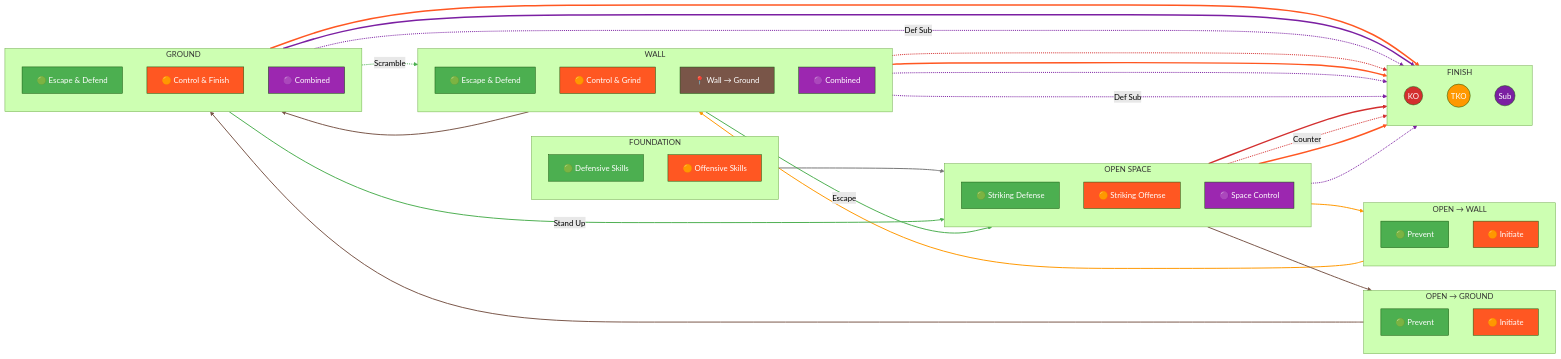
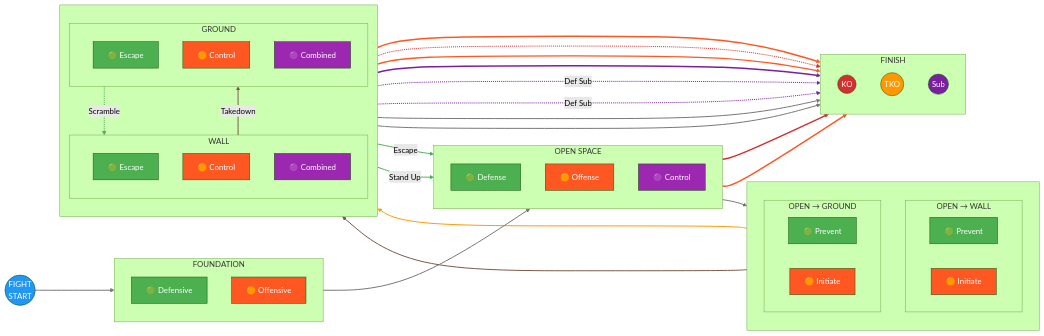
One commit to ACalienes/Ecological-MMA-Game-System changed the diagram in docs/system/map.md. Above: the diagram before and after it, drawn with Mermaid (forest theme).

Commit message:
Improve diagram layout for left-to-right flow
- Add explicit FIGHT START node
- Group transitions (OPEN→WALL, OPEN→GROUND) together
- Group positions (WALL, GROUND) together
- Use wrapper subgraphs to encourage column layout
- Simplify Wall section (remove separate Wall→Ground node)
- Update link styling indices for new structure

Intended layout: START → FOUNDATION → OPEN SPACE → TRANSITIONS → POSITIONS → FINISH

````diff
--- a/docs/system/map.md
+++ b/docs/system/map.md
@@ -11,52 +11,52 @@
 ```mermaid
 flowchart LR
-    %% Foundation
+    %% === COLUMN 1: START ===
+    START((FIGHT<br>START))
+
+    %% === COLUMN 2: FOUNDATION ===
     subgraph FOUNDATION["FOUNDATION"]
         direction TB
-        SK_D["🟢 Defensive Skills"]
-        SK_O["🟠 Offensive Skills"]
+        SK_D["🟢 Defensive"]
+        SK_O["🟠 Offensive"]
     end
 
-    %% Open Space (Striking)
+    %% === COLUMN 3: OPEN SPACE ===
     subgraph OPEN["OPEN SPACE"]
         direction TB
-        OS_D["🟢 Striking Defense"]
-        OS_O["🟠 Striking Offense"]
-        OS_C["🟣 Space Control"]
+        OS_D["🟢 Defense"]
+        OS_O["🟠 Offense"]
+        OS_C["🟣 Control"]
     end
 
-    %% Transitions to Wall
-    subgraph TO_WALL["OPEN → WALL"]
+    %% === COLUMN 4: TRANSITIONS (stacked) ===
+    subgraph TRANSITIONS[" "]
         direction TB
-        TW_D["🟢 Prevent"]
-        TW_O["🟠 Initiate"]
+        subgraph TO_WALL["OPEN → WALL"]
+            TW_D["🟢 Prevent"]
+            TW_O["🟠 Initiate"]
+        end
+        subgraph TO_GROUND["OPEN → GROUND"]
+            TG_D["🟢 Prevent"]
+            TG_O["🟠 Initiate"]
+        end
     end
 
-    %% Transitions to Ground
-    subgraph TO_GROUND["OPEN → GROUND"]
+    %% === COLUMN 5: POSITIONS (stacked) ===
+    subgraph POSITIONS[" "]
         direction TB
-        TG_D["🟢 Prevent"]
-        TG_O["🟠 Initiate"]
+        subgraph WALL["WALL"]
+            W_D["🟢 Escape"]
+            W_O["🟠 Control"]
+            W_C["🟣 Combined"]
+        end
+        subgraph GROUND["GROUND"]
+            G_D["🟢 Escape"]
+            G_O["🟠 Control"]
+            G_C["🟣 Combined"]
+        end
     end
 
-    %% Wall
-    subgraph WALL["WALL"]
-        direction TB
-        W_D["🟢 Escape & Defend"]
-        W_O["🟠 Control & Grind"]
-        W_TG["📍 Wall → Ground"]
-        W_C["🟣 Combined"]
-    end
-
-    %% Ground
-    subgraph GROUND["GROUND"]
-        direction TB
-        G_D["🟢 Escape & Defend"]
-        G_O["🟠 Control & Finish"]
-        G_C["🟣 Combined"]
-    end
-
-    %% Finish
+    %% === COLUMN 6: FINISH ===
     subgraph FINISH["FINISH"]
         direction TB
         KO((KO))
@@ -64,104 +64,85 @@
         SUB((Sub))
     end
 
-    %% Foundation to Open Space
+    %% === MAIN FLOW (left to right) ===
+    START --> FOUNDATION
     FOUNDATION --> OPEN
-
-    %% Open Space to Transitions
-    OPEN --> TO_WALL
-    OPEN --> TO_GROUND
-
-    %% Transitions to Positions
+    OPEN --> TRANSITIONS
     TO_WALL --> WALL
     TO_GROUND --> GROUND
+    WALL --> FINISH
+    GROUND --> FINISH
 
-    %% Wall to Ground
-    W_TG --> GROUND
+    %% === WALL TO GROUND ===
+    WALL -->|"Takedown"| GROUND
 
-    %% Escape paths (reverse)
+    %% === ESCAPE PATHS (reverse - green) ===
     W_D -->|"Escape"| OPEN
     G_D -->|"Stand Up"| OPEN
-    G_D -.->|"Scramble"| WALL
+    GROUND -.->|"Scramble"| WALL
 
-    %% KO paths
+    %% === FINISH PATHS ===
     OS_O --> KO
-    OS_D -.->|"Counter"| KO
-    W_O -.-> KO
-
-    %% TKO paths
     OS_O --> TKO
     W_O --> TKO
+    W_O -.-> KO
     G_O --> TKO
-
-    %% SUB paths
-    OS_O -.-> SUB
-    W_O -.-> SUB
+    G_O --> SUB
     W_D -.->|"Def Sub"| SUB
-    G_O --> SUB
     G_D -.->|"Def Sub"| SUB
 
-    %% Styling - Foundation
+    %% === NODE STYLING ===
+    style START fill:#2196F3,color:#fff
     style SK_D fill:#4CAF50,color:#fff
     style SK_O fill:#FF5722,color:#fff
-
-    %% Styling - Open Space
     style OS_D fill:#4CAF50,color:#fff
     style OS_O fill:#FF5722,color:#fff
     style OS_C fill:#9C27B0,color:#fff
-
-    %% Styling - Transitions
     style TW_D fill:#4CAF50,color:#fff
     style TW_O fill:#FF5722,color:#fff
     style TG_D fill:#4CAF50,color:#fff
     style TG_O fill:#FF5722,color:#fff
-
-    %% Styling - Wall
     style W_D fill:#4CAF50,color:#fff
     style W_O fill:#FF5722,color:#fff
-    style W_TG fill:#795548,color:#fff
     style W_C fill:#9C27B0,color:#fff
-
-    %% Styling - Ground
     style G_D fill:#4CAF50,color:#fff
     style G_O fill:#FF5722,color:#fff
     style G_C fill:#9C27B0,color:#fff
-
-    %% Styling - Finish
     style KO fill:#D32F2F,color:#fff
     style TKO fill:#FF9800,color:#fff
     style SUB fill:#7B1FA2,color:#fff
 
-    %% Link styling
-    %% 0: Foundation to Open (gray)
+    %% === LINK STYLING ===
+    %% 0-2: Main flow (gray)
     linkStyle 0 stroke:#757575,stroke-width:2px
-    %% 1-2: Open to Transitions (orange/brown)
-    linkStyle 1 stroke:#FF9800,stroke-width:2px
-    linkStyle 2 stroke:#795548,stroke-width:2px
-    %% 3-4: Transitions to Positions (orange/brown)
+    linkStyle 1 stroke:#757575,stroke-width:2px
+    linkStyle 2 stroke:#757575,stroke-width:2px
+    %% 3: TO_WALL to WALL (orange)
     linkStyle 3 stroke:#FF9800,stroke-width:2px
+    %% 4: TO_GROUND to GROUND (brown)
     linkStyle 4 stroke:#795548,stroke-width:2px
-    %% 5: Wall to Ground (brown)
-    linkStyle 5 stroke:#795548,stroke-width:2px
-    %% 6-8: Escape paths (green)
-    linkStyle 6 stroke:#4CAF50,stroke-width:2px
-    linkStyle 7 stroke:#4CAF50,stroke-width:2px
+    %% 5-6: To FINISH (gray)
+    linkStyle 5 stroke:#757575,stroke-width:2px
+    linkStyle 6 stroke:#757575,stroke-width:2px
+    %% 7: WALL to GROUND (brown)
+    linkStyle 7 stroke:#795548,stroke-width:2px
+    %% 8-10: Escape paths (green)
     linkStyle 8 stroke:#4CAF50,stroke-width:2px
-    %% 9-11: KO paths (red)
-    linkStyle 9 stroke:#D32F2F,stroke-width:3px
-    linkStyle 10 stroke:#D32F2F,stroke-width:2px
-    linkStyle 11 stroke:#D32F2F,stroke-width:2px
-    %% 12-14: TKO paths (orange-red)
+    linkStyle 9 stroke:#4CAF50,stroke-width:2px
+    linkStyle 10 stroke:#4CAF50,stroke-width:2px
+    %% 11-12: KO paths (red)
+    linkStyle 11 stroke:#D32F2F,stroke-width:3px
+    linkStyle 14 stroke:#D32F2F,stroke-width:2px
+    %% 12-13, 15: TKO paths (orange-red)
     linkStyle 12 stroke:#FF5722,stroke-width:3px
     linkStyle 13 stroke:#FF5722,stroke-width:3px
-    linkStyle 14 stroke:#FF5722,stroke-width:3px
-    %% 15-19: SUB paths (purple)
-    linkStyle 15 stroke:#7B1FA2,stroke-width:2px
-    linkStyle 16 stroke:#7B1FA2,stroke-width:2px
+    linkStyle 15 stroke:#FF5722,stroke-width:3px
+    %% 16-18: SUB paths (purple)
+    linkStyle 16 stroke:#7B1FA2,stroke-width:3px
     linkStyle 17 stroke:#7B1FA2,stroke-width:2px
-    linkStyle 18 stroke:#7B1FA2,stroke-width:3px
-    linkStyle 19 stroke:#7B1FA2,stroke-width:2px
+    linkStyle 18 stroke:#7B1FA2,stroke-width:2px
 
-    %% Click targets
+    %% === CLICK TARGETS ===
     click SK_D "#foundation-defensive"
     click SK_O "#foundation-offensive"
     click OS_D "#open-space-striking-defense"
@@ -173,7 +154,6 @@
     click TG_O "#open-ground-initiate"
     click W_D "#wall-escape-defend"
     click W_O "#wall-control-grind"
-    click W_TG "#wall-to-ground"
     click W_C "#wall-combined"
     click G_D "#ground-escape-defend"
     click G_O "#ground-control-finish"
````
